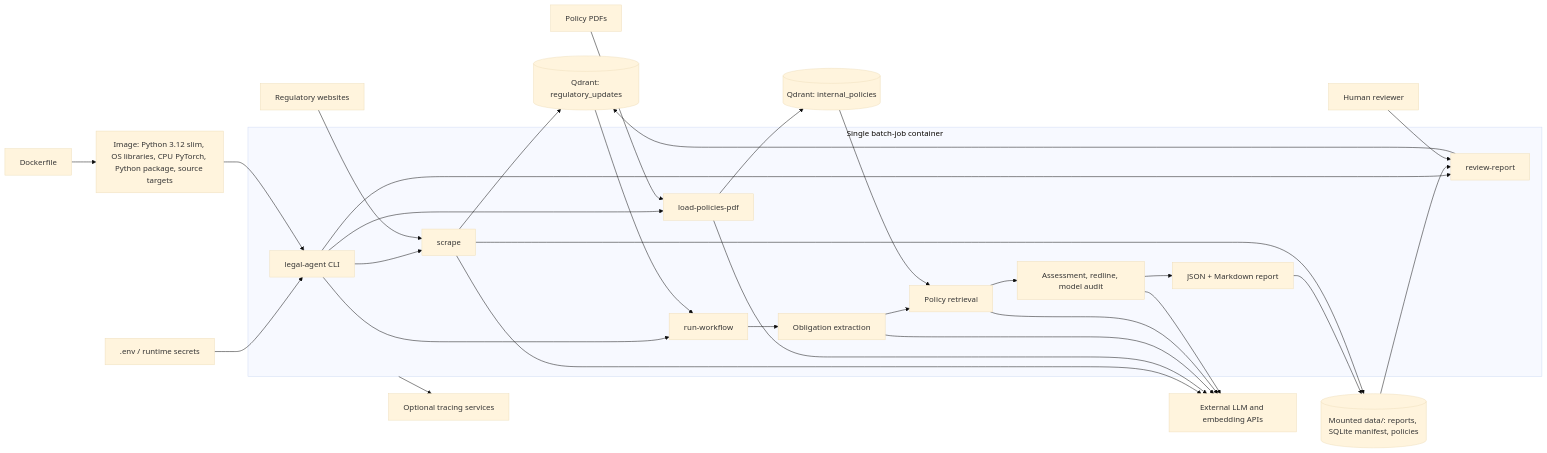
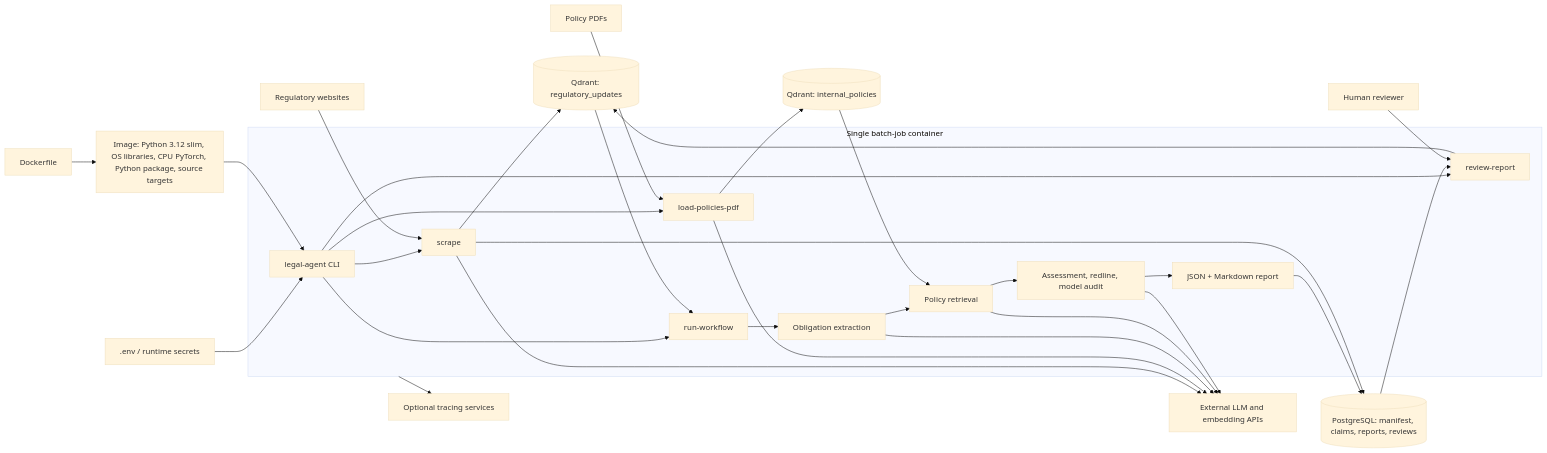
One commit to haaroonafroz/legal_compliance_agent changed the diagram in README.md. Above: the diagram before and after it, drawn with Mermaid (base theme). The commit also changed other lines of this file and 30 other files, not shown here.

Commit message:
Persist legal agent workflow state in PostgreSQL

````diff
--- a/README.md
+++ b/README.md
@@ -282,34 +286,34 @@
 ```mermaid
 flowchart LR
     Dockerfile --> Image[Image: Python 3.12 slim, OS libraries, CPU PyTorch, Python package, source targets]
     Env[.env / runtime secrets] --> CLI
     Image --> CLI
     subgraph Container[Single batch-job container]
         CLI[legal-agent CLI]
         CLI --> Scrape[scrape]
         CLI --> Load[load-policies-pdf]
         CLI --> Workflow[run-workflow]
         CLI --> Review[review-report]
         Workflow --> Extract[Obligation extraction]
         Extract --> Retrieve[Policy retrieval]
         Retrieve --> Assess[Assessment, redline, model audit]
         Assess --> Report[JSON + Markdown report]
     end
     Web[Regulatory websites] --> Scrape
     PDFs[Policy PDFs] --> Load
     Scrape --> Regs[(Qdrant: regulatory_updates)]
     Load --> Policies[(Qdrant: internal_policies)]
     Regs --> Workflow
     Policies --> Retrieve
-    Report --> Data[(Mounted data/: reports, SQLite manifest, policies)]
+    Report --> Data[(PostgreSQL: manifest, claims, reports, reviews)]
     Data --> Review
     Review --> Regs
     Scrape --> Data
     Scrape --> Models
     Load --> Models
     Extract --> Models[External LLM and embedding APIs]
     Retrieve --> Models
     Assess --> Models
     Container --> Traces[Optional tracing services]
     Human[Human reviewer] --> Review
 ```
````
